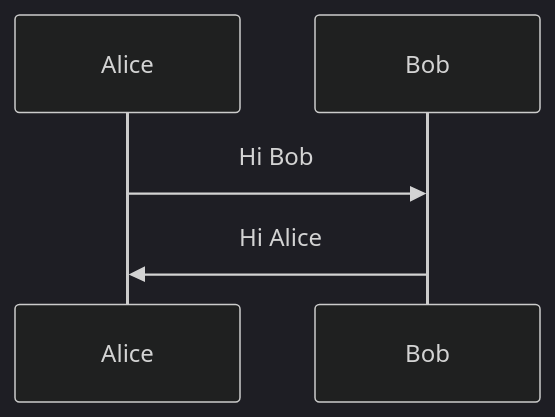
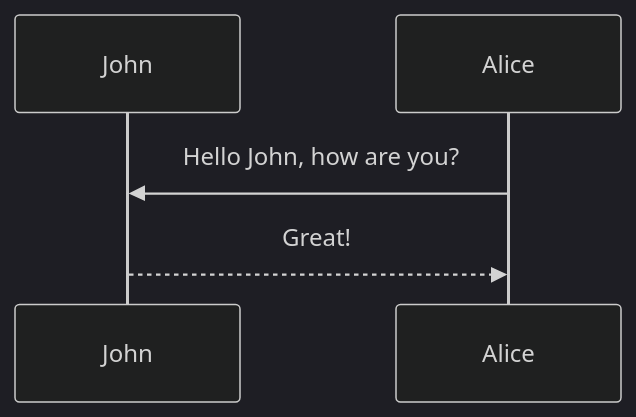
The diagram in _projects/3D_Display.md (eyast/eyast.github.io), drawn with Mermaid (dark theme) before and after one commit. The commit also changed 1 other file, not shown here.

Commit message:
trying new mermaid

````diff
--- a/_projects/3D_Display.md
+++ b/_projects/3D_Display.md
@@ -38,7 +38,7 @@
-```mermaid
+{% mermaid %}
 sequenceDiagram
+    participant John
     participant Alice
-    participant Bob
-    Alice->>Bob: Hi Bob
-    Bob->>Alice: Hi Alice
-```
+    Alice->>John: Hello John, how are you?
+    John-->>Alice: Great!
+{% endmermaid %}
````
